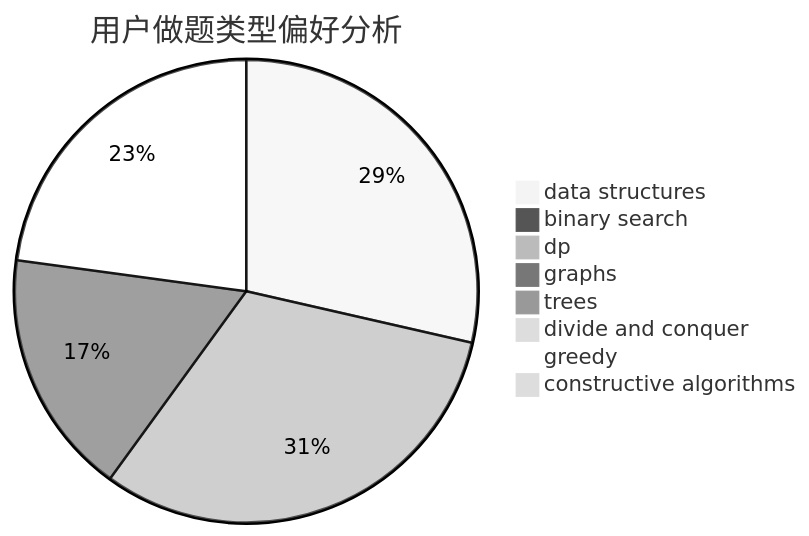
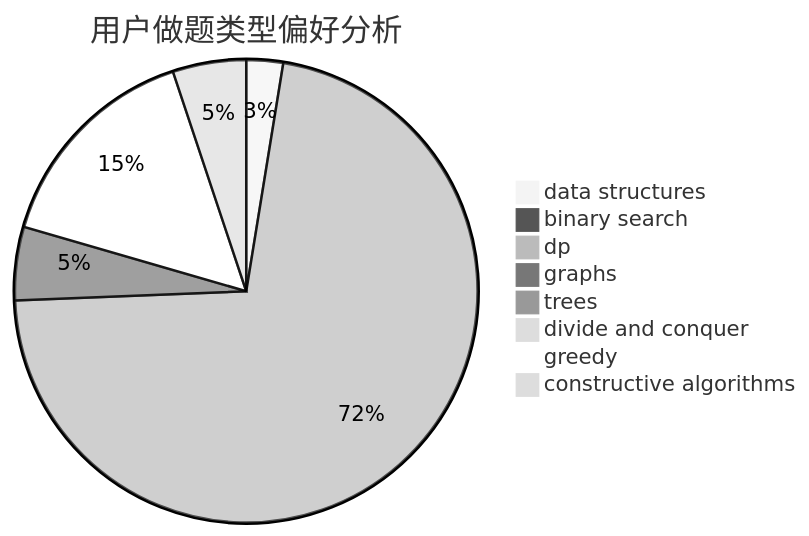
One commit to sherpahu/cfrs.github.io changed the second of 3 diagrams in docs/user/u1111.md. Above: the diagram before and after it, drawn with Mermaid (neutral theme). The commit also changed other lines of this file and 2770 other files, not shown here.

````diff
--- a/docs/user/u1111.md
+++ b/docs/user/u1111.md
@@ -23,11 +23,11 @@
 ```mermaid
 pie title 用户做题类型偏好分析
-    "data structures" :  10
+    "data structures" :  1
     "binary search" :  0
-    "dp" :  11
-    "graphs" :  6
+    "dp" :  28
+    "graphs" :  2
     "trees" :  0
     "divide and conquer" :  0
-    "greedy" :  8
-    "constructive algorithms" :  0
+    "greedy" :  6
+    "constructive algorithms" :  2
 ```
````
